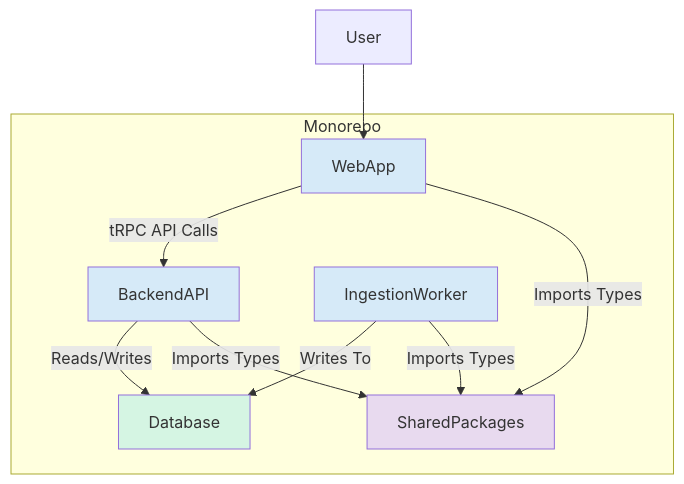
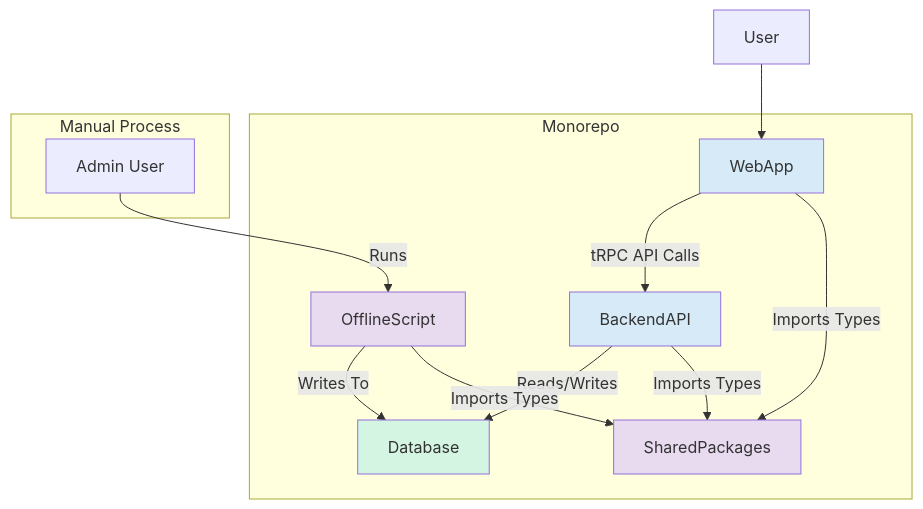
Before and after one commit to ihabwahbi/cost-management: the second of 10 diagrams in docs/architecture.md, drawn with Mermaid. The commit also changed other lines of this file and 1 other file, not shown here.

Commit message:
Updated architecture doc complete and updated front end spec to include SLB branding

````diff
--- a/docs/architecture.md
+++ b/docs/architecture.md
@@ -236,20 +310,25 @@
 ```mermaid
 graph TD
     User --> WebApp;
 
     subgraph "Monorepo"
         WebApp -- "tRPC API Calls" --> BackendAPI;
-        IngestionWorker -- "Writes To" --> Database;
+        OfflineScript -- "Writes To" --> Database;
         BackendAPI -- "Reads/Writes" --> Database;
 
         WebApp -- "Imports Types" --> SharedPackages;
         BackendAPI -- "Imports Types" --> SharedPackages;
-        IngestionWorker -- "Imports Types" --> SharedPackages;
+        OfflineScript -- "Imports Types" --> SharedPackages;
     end
+    
+    subgraph "Manual Process"
+        Admin[Admin User] -- "Runs" --> OfflineScript
+    end
+
 
     style WebApp fill:#D6EAF8
     style BackendAPI fill:#D6EAF8
-    style IngestionWorker fill:#D6EAF8
+    style OfflineScript fill:#E8DAEF
     style SharedPackages fill:#E8DAEF
     style Database fill:#D5F5E3
 ```
````
